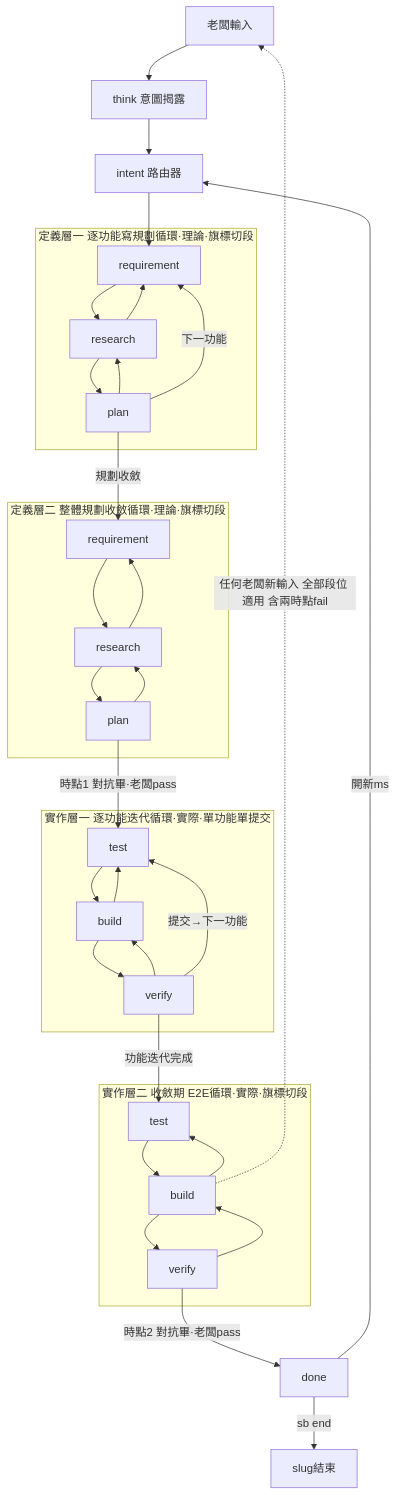
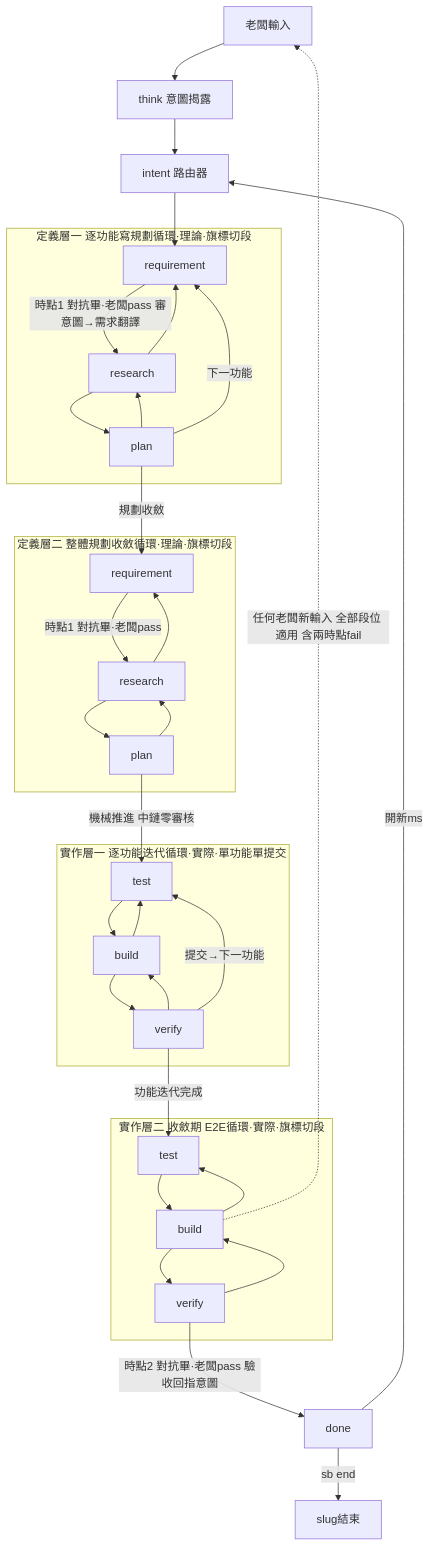
The first of 4 diagrams in skills/shiftblame/SKILL.md (teps3105/shiftblame), drawn with Mermaid before and after one commit. The commit also changed other lines of this file and 31 other files, not shown here.

````diff
--- a/skills/shiftblame/SKILL.md
+++ b/skills/shiftblame/SKILL.md
@@ -42,41 +42,41 @@
 ```mermaid
 flowchart TB
     BOSS[老闆輸入] --> THINK[think 意圖揭露]
     THINK --> INTENT[intent 路由器]
 
     INTENT --> R
 
     subgraph DEF1[定義層一 逐功能寫規劃循環·理論·旗標切段]
-        R[requirement] --> RS[research] --> P[plan]
+        R[requirement] -->|時點1 對抗畢·老闆pass 審意圖→需求翻譯| RS[research] --> P[plan]
         P --> RS --> R
         P -->|下一功能| R
     end
 
     P -->|規劃收斂| R2
 
     subgraph DEF2[定義層二 整體規劃收斂循環·理論·旗標切段]
-        R2[requirement] --> RS2[research] --> P2[plan]
+        R2[requirement] -->|時點1 對抗畢·老闆pass| RS2[research] --> P2[plan]
         P2 --> RS2 --> R2
     end
 
-    P2 -->|時點1 對抗畢·老闆pass| T
+    P2 -->|機械推進 中鏈零審核| T
 
     subgraph IMPL1[實作層一 逐功能迭代循環·實際·單功能單提交]
         T[test] --> B[build] --> V[verify]
         V --> B --> T
         V -->|提交→下一功能| T
     end
 
     V -->|功能迭代完成| T2
 
     subgraph CONV[實作層二 收斂期 E2E循環·實際·旗標切段]
         T2[test] --> B2[build] --> V2[verify]
         V2 --> B2 --> T2
     end
 
-    V2 -->|時點2 對抗畢·老闆pass| DONE[done]
+    V2 -->|時點2 對抗畢·老闆pass 驗收回指意圖| DONE[done]
     DONE -->|開新ms| INTENT
     DONE -->|sb end| FIN[slug結束]
 
     B2 -.->|任何老闆新輸入 全部段位 適用 含兩時點fail| BOSS
 ```
````
